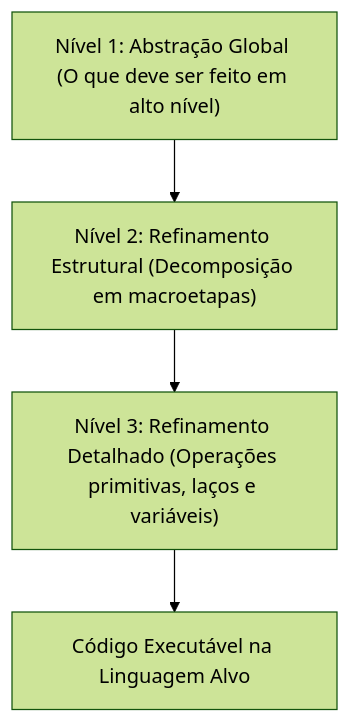
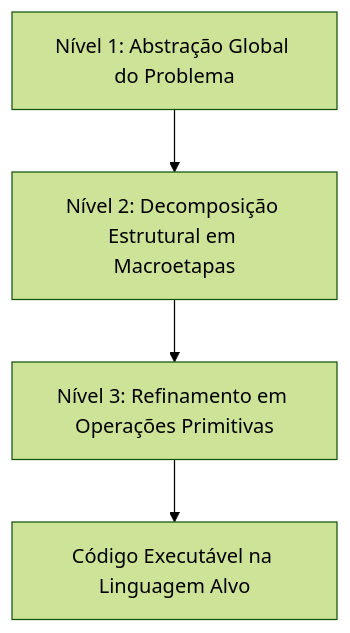
One commit to murilolol/unifef changed the fifth of 22 diagrams in 4º Semestre/[Prof. Wesley Soares] Estrutura de Dados I/Resumos-IA/Caderno-Consolidado.md. Above: the diagram before and after it, drawn with Mermaid (forest theme). The commit also changed other lines of this file and 25 other files, not shown here.

````diff
--- a/4º Semestre/[Prof. Wesley Soares] Estrutura de Dados I/Resumos-IA/Caderno-Consolidado.md
+++ b/4º Semestre/[Prof. Wesley Soares] Estrutura de Dados I/Resumos-IA/Caderno-Consolidado.md
@@ -298,6 +261,6 @@
 ```mermaid
 flowchart TD
-    N1["Nível 1: Abstração Global (O que deve ser feito em alto nível)"] --> N2["Nível 2: Refinamento Estrutural (Decomposição em macroetapas)"]
-    N2 --> N3["Nível 3: Refinamento Detalhado (Operações primitivas, laços e variáveis)"]
-    N3 --> Codigo["Código Executável na Linguagem Alvo"]
+    N1["Nível 1: Abstração Global do Problema"] --> N2["Nível 2: Decomposição Estrutural em Macroetapas"]
+    N2 --> N3["Nível 3: Refinamento em Operações Primitivas"]
+    N3 --> N4["Código Executável na Linguagem Alvo"]
 ```
````
